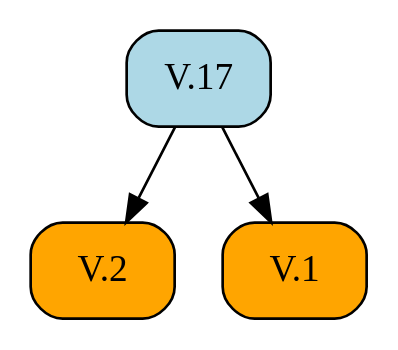
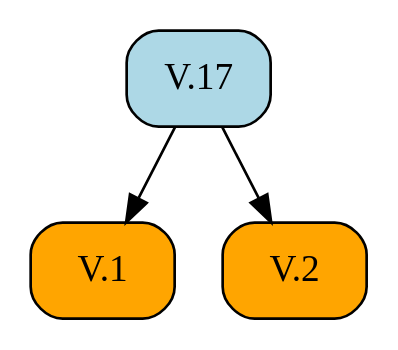
One commit to geometor/elements changed the diagram in docsrc/heath/V/17/index.rst. Above: the diagram before and after it, drawn with Graphviz. The commit also changed other lines of this file and 484 other files, not shown here.

```diff
--- a/docsrc/heath/V/17/index.rst
+++ b/docsrc/heath/V/17/index.rst
@@ -86,11 +86,11 @@
 .. graphviz::
 
    digraph {
      rankdir="TB";
      node [shape=box, style=rounded];
+     "V.1" [style="rounded,filled", fillcolor=orange, URL="/heath/V/1/", target="_top"];
      "V.2" [style="rounded,filled", fillcolor=orange, URL="/heath/V/2/", target="_top"];
      "V.17" [style="rounded,filled", fillcolor=lightblue, URL="/heath/V/17/", target="_top"];
-     "V.1" [style="rounded,filled", fillcolor=orange, URL="/heath/V/1/", target="_top"];
+     "V.17" -> "V.1";
      "V.17" -> "V.2";
-     "V.17" -> "V.1";
    }
```
